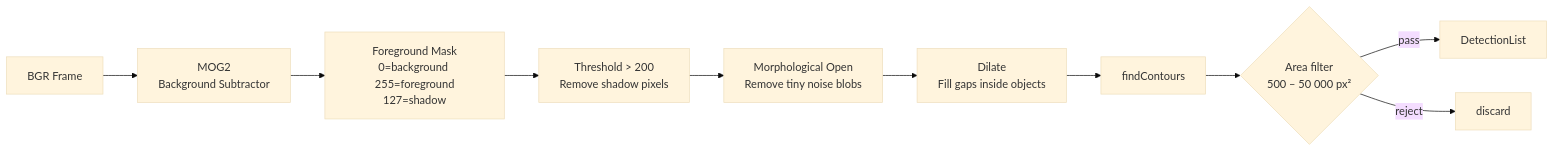
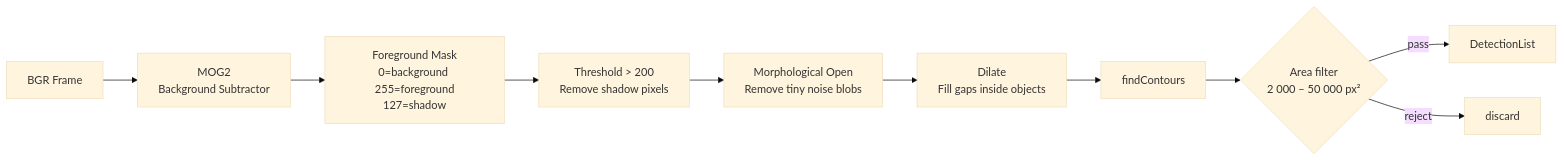
Before and after one commit to nurgumus/multi-target-detection-cv: the third of 8 diagrams in README.md, drawn with Mermaid (base theme). The commit also changed other lines of this file, not shown here.

````diff
--- a/README.md
+++ b/README.md
@@ -148,12 +189,12 @@
 ```mermaid
 flowchart LR
     A[BGR Frame] --> B[MOG2\nBackground Subtractor]
     B --> C[Foreground Mask\n0=background 255=foreground\n127=shadow]
     C --> D[Threshold > 200\nRemove shadow pixels]
     D --> E[Morphological Open\nRemove tiny noise blobs]
     E --> F[Dilate\nFill gaps inside objects]
     F --> G[findContours]
-    G --> H{Area filter\n500 – 50 000 px²}
+    G --> H{Area filter\n2 000 – 50 000 px²}
     H -->|pass| I[DetectionList]
     H -->|reject| J[discard]
 ```
````
